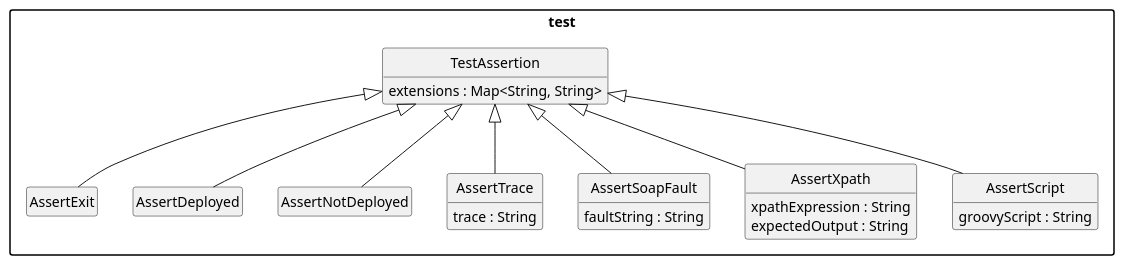
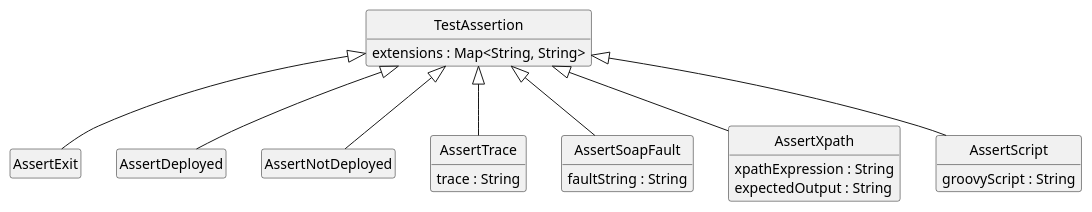
One commit to uniba-dsg/betsy changed the diagram in pebl/doc/benchmark-test-assertions.puml. Above: the diagram before and after it, drawn with PlantUML. The commit also changed 9 other files, not shown here.

```diff
--- a/pebl/doc/benchmark-test-assertions.puml
+++ b/pebl/doc/benchmark-test-assertions.puml
@@ -1,35 +1,33 @@
 @startuml
 
-package "test" {
 
 	class TestAssertion {
 	extensions : Map<String, String>
 	}
 
 	class AssertExit extends TestAssertion
 	class AssertDeployed extends TestAssertion
 	class AssertNotDeployed extends TestAssertion
 	class AssertTrace extends TestAssertion {
 	  trace : String
 	}
 	class AssertSoapFault extends TestAssertion {
 	  faultString : String
 	}
 	class AssertXpath extends TestAssertion {
 	  xpathExpression : String
 	  expectedOutput : String
 	}
 	class AssertScript extends TestAssertion {
     	  groovyScript : String
     	}
 
-}
 
 hide empty members
 hide empty methods
 hide circle
 
 skinparam monochrome true
 skinparam shadowing false
 skinparam packageStyle rect
 @enduml
```
